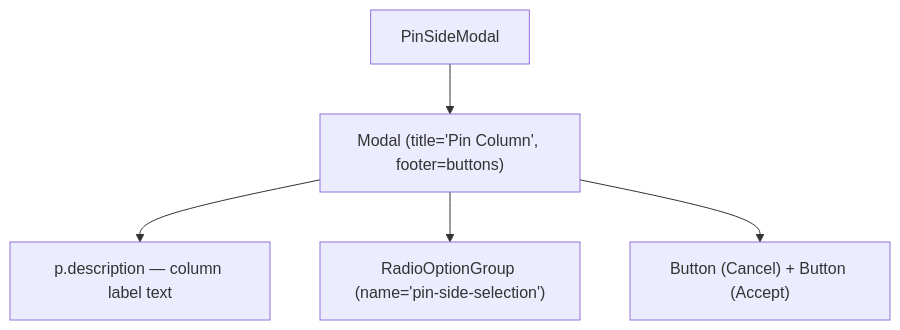
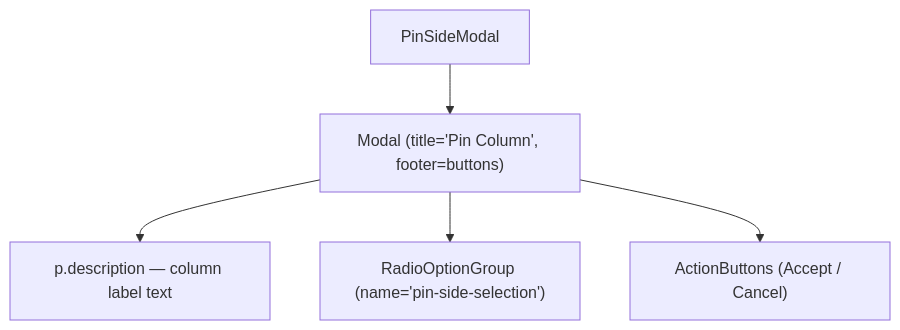
The second of 3 diagrams in packages/ui/src/components/PinSideModal/ARCHITECTURE.md (luciocabrera/lcabrera-stack), drawn with Mermaid before and after one commit. The commit also changed other lines of this file and 24 other files, not shown here.

Commit message:
feat(ui): introduce ActionButtons component for consistent button handling across modals and footers

````diff
--- a/packages/ui/src/components/PinSideModal/ARCHITECTURE.md
+++ b/packages/ui/src/components/PinSideModal/ARCHITECTURE.md
@@ -30,7 +30,7 @@
 ```mermaid
 graph TD
   PSM["PinSideModal"] --> Modal2["Modal (title='Pin Column', footer=buttons)"]
   Modal2 --> Desc["p.description — column label text"]
   Modal2 --> ROG["RadioOptionGroup (name='pin-side-selection')"]
-  Modal2 --> FooterButtons["Button (Cancel) + Button (Accept)"]
+  Modal2 --> FooterButtons["ActionButtons (Accept / Cancel)"]
 ```
````
